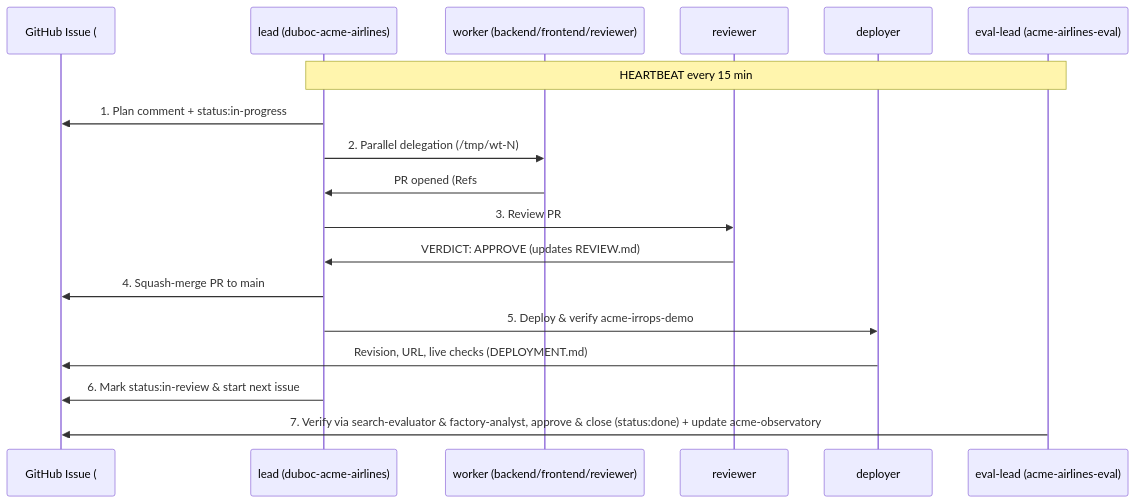
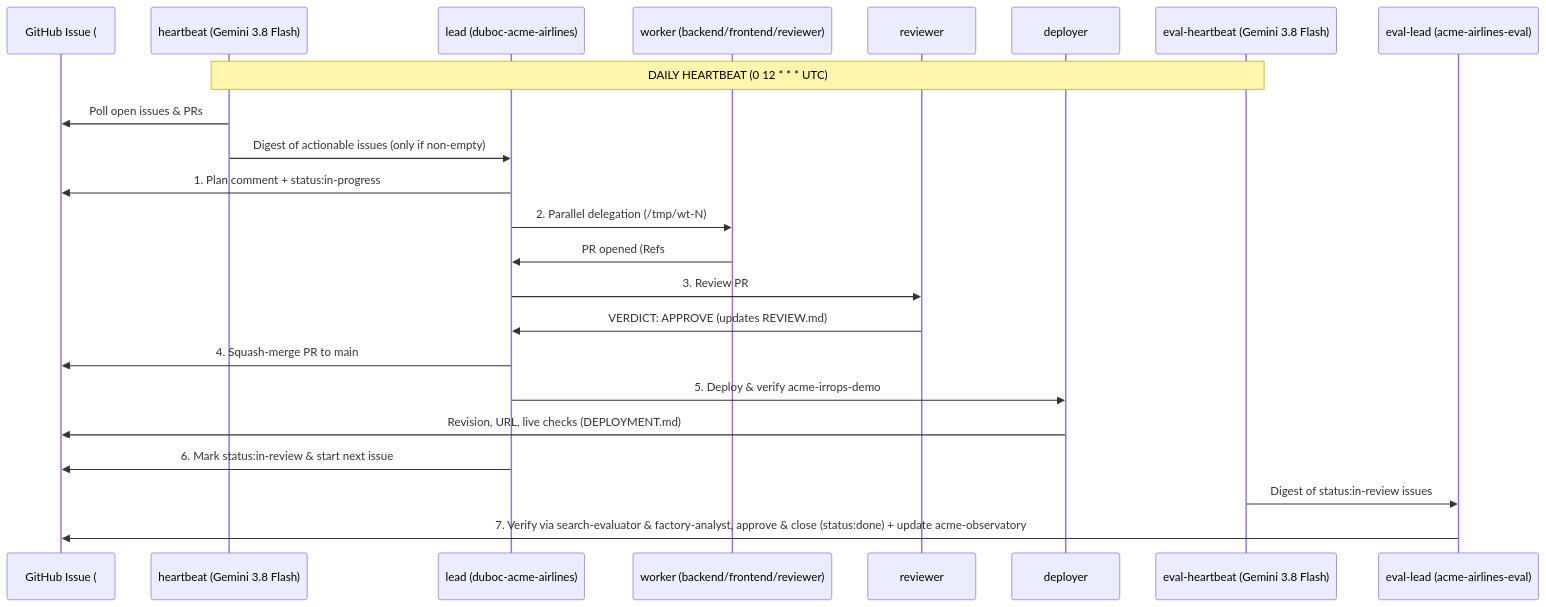
The second of 2 diagrams in docs/scion/02-agents-and-heartbeat.md (duboc/acme-airlines), drawn with Mermaid before and after one commit. The commit also changed other lines of this file and 23 other files, not shown here.

Commit message:
feat(scion): replace frequent lead heartbeats with once-per-day Gemini 3.8 heartbeat agent & <200k Claude context caps

````diff
--- a/docs/scion/02-agents-and-heartbeat.md
+++ b/docs/scion/02-agents-and-heartbeat.md
@@ -61,20 +66,25 @@
 ```mermaid
 sequenceDiagram
     participant GH as GitHub Issue (#N)
+    participant HB as heartbeat (Gemini 3.8 Flash)
     participant L as lead (duboc-acme-airlines)
     participant W as worker (backend/frontend/reviewer)
     participant R as reviewer
     participant D as deployer
+    participant EHB as eval-heartbeat (Gemini 3.8 Flash)
     participant EL as eval-lead (acme-airlines-eval)
-    Note over L,EL: HEARTBEAT every 15 min
+    Note over HB,EHB: DAILY HEARTBEAT (0 12 * * * UTC)
+    HB->>GH: Poll open issues & PRs
+    HB->>L: Digest of actionable issues (only if non-empty)
     L->>GH: 1. Plan comment + status:in-progress
     L->>W: 2. Parallel delegation (/tmp/wt-N)
     W->>L: PR opened (Refs #N) + DONE message
     L->>R: 3. Review PR #M
     R->>L: VERDICT: APPROVE (updates REVIEW.md)
     L->>GH: 4. Squash-merge PR to main
     L->>D: 5. Deploy & verify acme-irrops-demo
     D->>GH: Revision, URL, live checks (DEPLOYMENT.md)
     L->>GH: 6. Mark status:in-review & start next issue
+    EHB->>EL: Digest of status:in-review issues
     EL->>GH: 7. Verify via search-evaluator & factory-analyst, approve & close (status:done) + update acme-observatory
 ```
````
